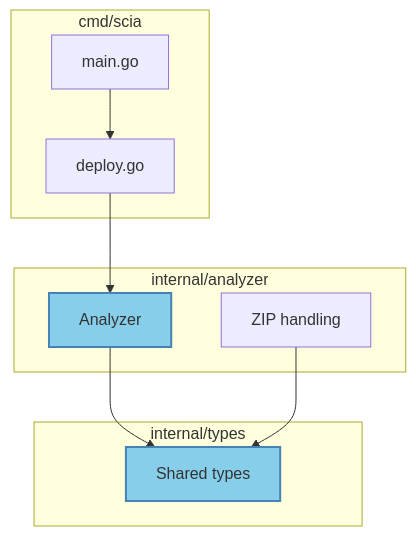
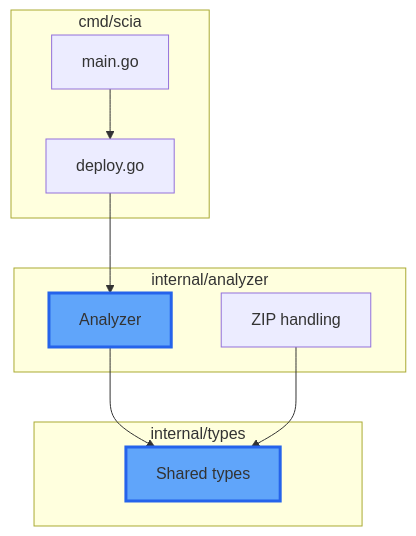
One commit to Smana/scai changed the first of 3 diagrams in .claude/commands/create-pr.md. Above: the diagram before and after it, drawn with Mermaid. The commit also changed other lines of this file and 57 other files, not shown here.

````diff
--- a/.claude/commands/create-pr.md
+++ b/.claude/commands/create-pr.md
@@ -480,23 +280,23 @@
 ```mermaid
 flowchart TB
     subgraph "cmd/scia"
         main["main.go"]
         deploy["deploy.go"]
     end
 
     subgraph "internal/analyzer"
         analyzer["Analyzer"]:::exported
         zip["ZIP handling"]
     end
 
     subgraph "internal/types"
         types["Shared types"]:::exported
     end
 
     main --> deploy
     deploy --> analyzer
     analyzer --> types
     zip --> types
 
-    classDef exported fill:#87CEEB,stroke:#4682B4,stroke-width:2px
+    classDef exported fill:#60A5FA,stroke:#2563EB,stroke-width:3px
 ```
````
